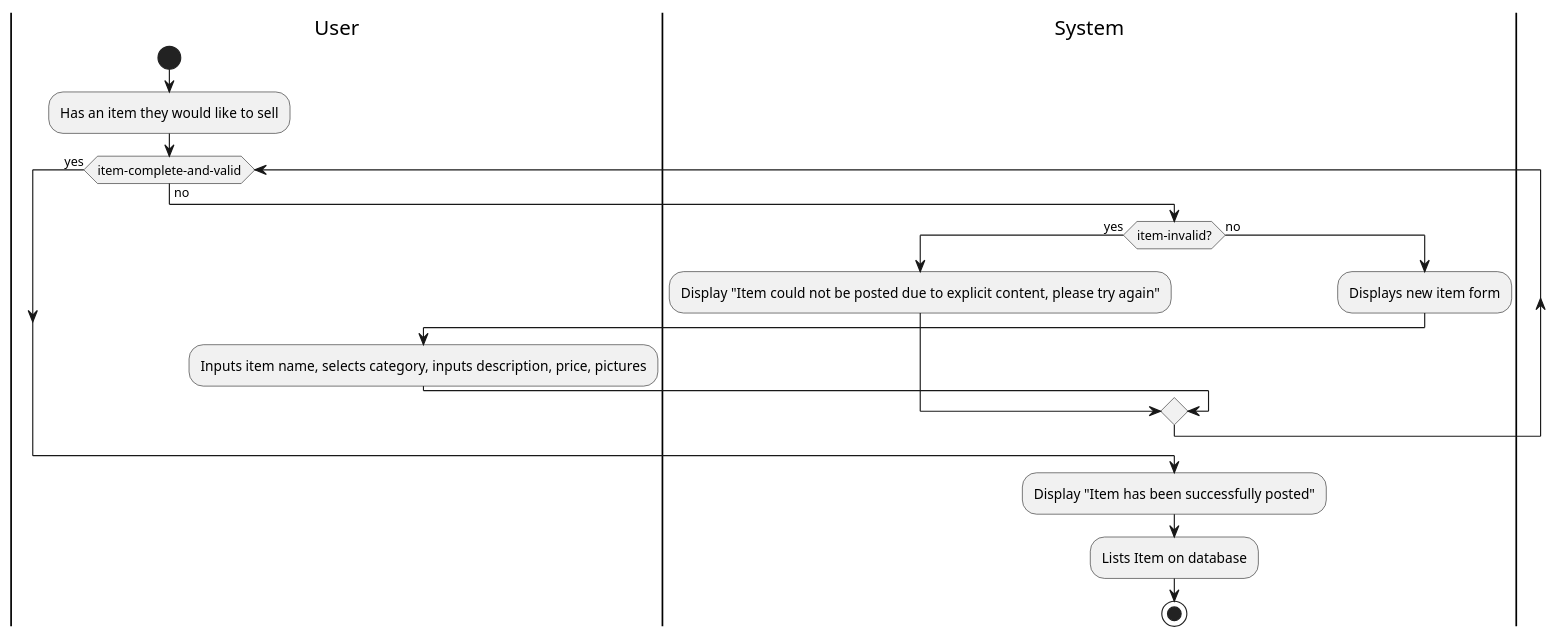
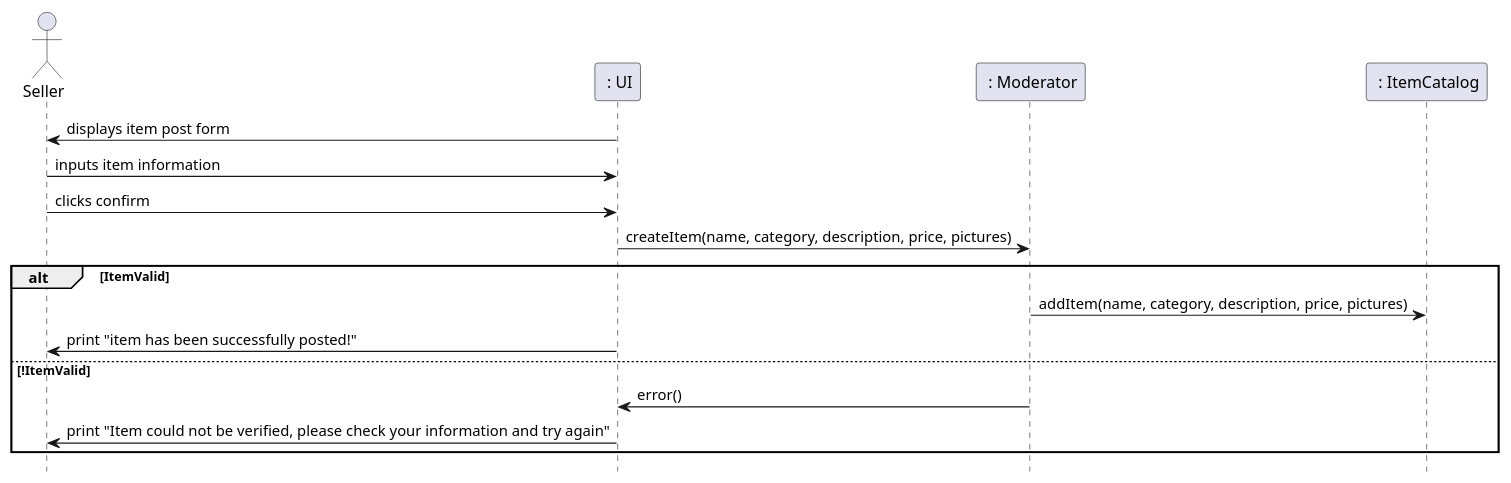
Before and after one commit to remyben-creator/Marketplace-Application: the third of 3 diagrams in Phase2/design.md, drawn with PlantUML. The commit also changed other lines of this file, not shown here.

Commit message:
Sequence Diagrams Completed

````diff
--- a/Phase2/design.md
+++ b/Phase2/design.md
@@ -56,21 +64,19 @@
 ```plantuml
+hide footbox
+actor Seller as seller
+participant " : UI" as ui
+participant " : Moderator" as moderator
+participant " : ItemCatalog" as itemcatalog
 
-|User|
-start
-:Has an item they would like to sell;
-while (item-complete-and-valid) is (no)
-|System|
-if (item-invalid?) then (yes)
-:Display "Item could not be posted due to explicit content, please try again";
-else (no)
-:Displays new item form;
-|User|
-:Inputs item name, selects category, inputs description, price, pictures;
-endif
-endwhile (yes) 
-|System|
-:Display "Item has been successfully posted";
-:Lists Item on database;
-stop
-@enduml
+ui -> seller : displays item post form
+seller -> ui : inputs item information
+seller -> ui : clicks confirm
+ui -> moderator : createItem(name, category, description, price, pictures)
+alt ItemValid
+ moderator -> itemcatalog : addItem(name, category, description, price, pictures)
+ ui -> seller : print "item has been successfully posted!"
+else !ItemValid
+ moderator -> ui : error()
+ ui -> seller : print "Item could not be verified, please check your information and try again"
+end
 ```
````
